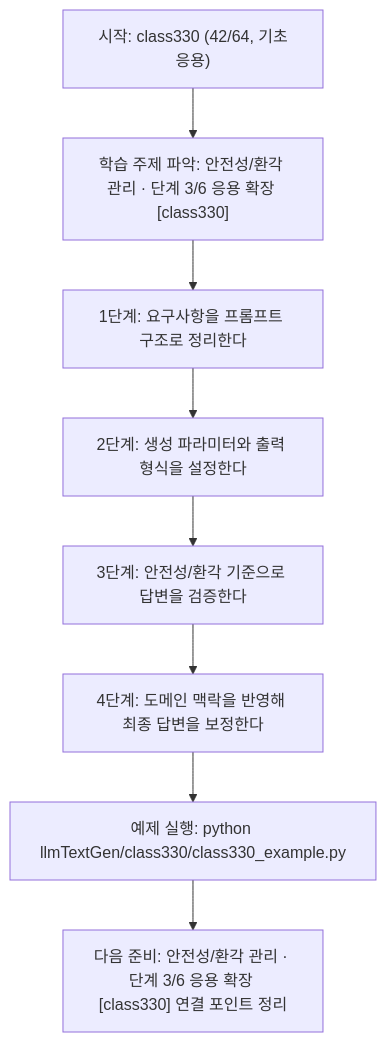
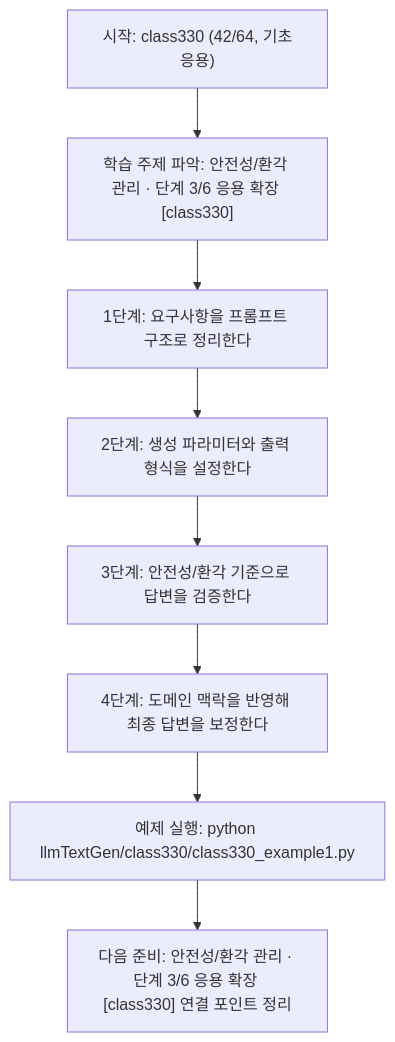
The diagram in llmTextGen/class330/class330.md (edumgt/Python-AI_Agent-Class), drawn with Mermaid before and after one commit. The commit also changed other lines of this file and 2959 other files, not shown here.

````diff
--- a/llmTextGen/class330/class330.md
+++ b/llmTextGen/class330/class330.md
@@ -114,18 +114,18 @@
 ```mermaid
 flowchart TD
 N1["시작: class330 (42/64, 기초응용)"]
 N2["학습 주제 파악: 안전성/환각 관리 · 단계 3/6 응용 확장 [class330]"]
 N3["1단계: 요구사항을 프롬프트 구조로 정리한다"]
 N4["2단계: 생성 파라미터와 출력 형식을 설정한다"]
 N5["3단계: 안전성/환각 기준으로 답변을 검증한다"]
 N6["4단계: 도메인 맥락을 반영해 최종 답변을 보정한다"]
-N7["예제 실행: python llmTextGen/class330/class330_example.py"]
+N7["예제 실행: python llmTextGen/class330/class330_example1.py"]
 N8["다음 준비: 안전성/환각 관리 · 단계 3/6 응용 확장 [class330] 연결 포인트 정리"]
 N1 --> N2
 N2 --> N3
 N3 --> N4
 N4 --> N5
 N5 --> N6
 N6 --> N7
 N7 --> N8
 ```
````
